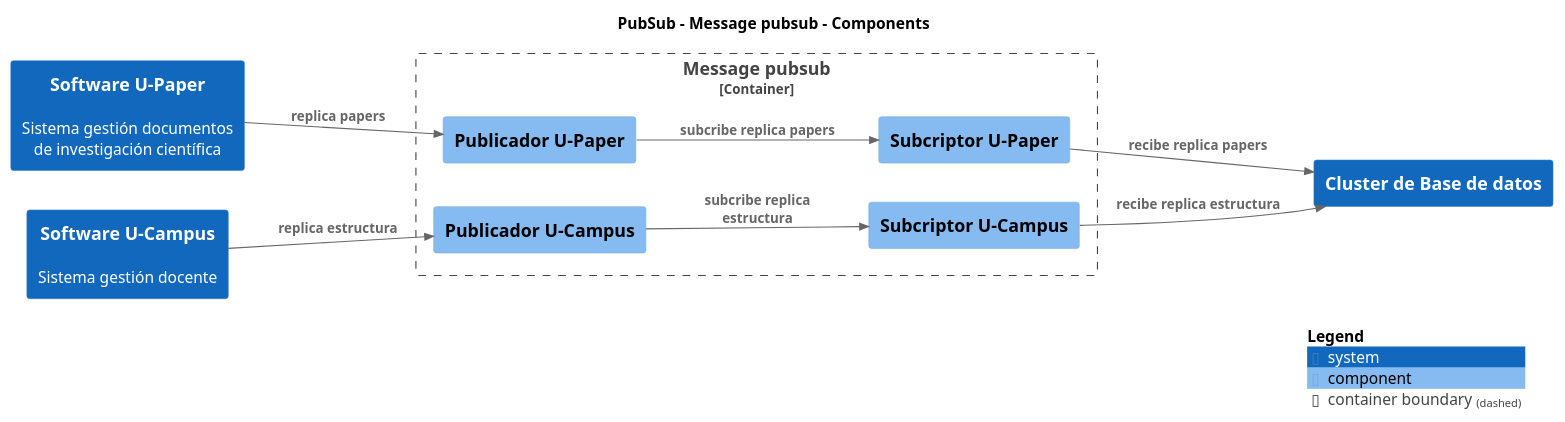
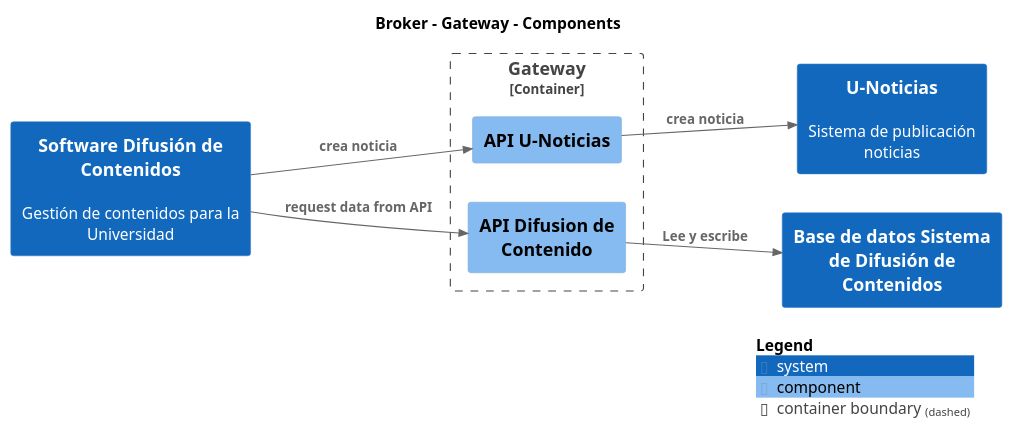
One commit to nbrx/c4-dcc-arq changed the diagram in build/serve/puml/Component-002-Component-002.puml. Above: the diagram before and after it, drawn with PlantUML. The commit also changed 349 other files, not shown here.

```diff
--- a/build/serve/puml/Component-002-Component-002.puml
+++ b/build/serve/puml/Component-002-Component-002.puml
@@ -1,32 +1,28 @@
 @startuml
 set separator none
-title PubSub - Message pubsub - Components
+title Broker - Gateway - Components
 
 left to right direction
 
 !include <C4/C4>
 !include <C4/C4_Context>
 !include <C4/C4_Component>
 
 skinparam svgDimensionStyle false
 skinparam preserveAspectRatio meet
-System(SoftwareUPaper, "Software U-Paper", "Sistema gestión documentos de investigación científica", $tags="")[[../../software-u-paper/context/]]
-System(SoftwareUCampus, "Software U-Campus", "Sistema gestión docente", $tags="")[[../../software-u-campus/context/]]
-System(ClusterdeBasededatos, "Cluster de Base de datos", "", $tags="")[[../../cluster-de-base-de-datos/context/]]
+System(SoftwareDifusióndeContenidos, "Software Difusión de Contenidos", "Gestión de contenidos para la Universidad", $tags="")[[../../software-difusión-de-contenidos/context/]]
+System(UNoticias, "U-Noticias", "Sistema de publicación noticias", $tags="")[[../../u-noticias/context/]]
+System(BasededatosSistemadeDifusióndeContenidos, "Base de datos Sistema de Difusión de Contenidos", "", $tags="")[[../../base-de-datos-sistema-de-difusión-de-contenidos/context/]]
 
-Container_Boundary("PubSub.Messagepubsub_boundary", "Message pubsub", $tags="") {
-  Component(PubSub.Messagepubsub.PublicadorUPaper, "Publicador U-Paper", "", $tags="")
-  Component(PubSub.Messagepubsub.SubcriptorUCampus, "Subcriptor U-Campus", "", $tags="")
-  Component(PubSub.Messagepubsub.SubcriptorUPaper, "Subcriptor U-Paper", "", $tags="")
-  Component(PubSub.Messagepubsub.PublicadorUCampus, "Publicador U-Campus", "", $tags="")
+Container_Boundary("Broker.Gateway_boundary", "Gateway", $tags="") {
+  Component(Broker.Gateway.APIUNoticias, "API U-Noticias", "", $tags="")
+  Component(Broker.Gateway.APIDifusiondeContenido, "API Difusion de Contenido", "", $tags="")
 }
 
-Rel_D(PubSub.Messagepubsub.PublicadorUCampus, PubSub.Messagepubsub.SubcriptorUCampus, "subcribe replica estructura", $tags="")
-Rel_D(PubSub.Messagepubsub.SubcriptorUCampus, ClusterdeBasededatos, "recibe replica estructura", $tags="")
-Rel_D(PubSub.Messagepubsub.PublicadorUPaper, PubSub.Messagepubsub.SubcriptorUPaper, "subcribe replica papers", $tags="")
-Rel_D(PubSub.Messagepubsub.SubcriptorUPaper, ClusterdeBasededatos, "recibe replica papers", $tags="")
-Rel_D(SoftwareUCampus, PubSub.Messagepubsub.PublicadorUCampus, "replica estructura", $tags="")
-Rel_D(SoftwareUPaper, PubSub.Messagepubsub.PublicadorUPaper, "replica papers", $tags="")
+Rel_D(Broker.Gateway.APIUNoticias, UNoticias, "crea noticia", $tags="")
+Rel_D(SoftwareDifusióndeContenidos, Broker.Gateway.APIDifusiondeContenido, "request data from API", $tags="")
+Rel_D(Broker.Gateway.APIDifusiondeContenido, BasededatosSistemadeDifusióndeContenidos, "Lee y escribe", $tags="")
+Rel_D(SoftwareDifusióndeContenidos, Broker.Gateway.APIUNoticias, "crea noticia", $tags="")
 
 SHOW_LEGEND(true)
 @enduml
```
